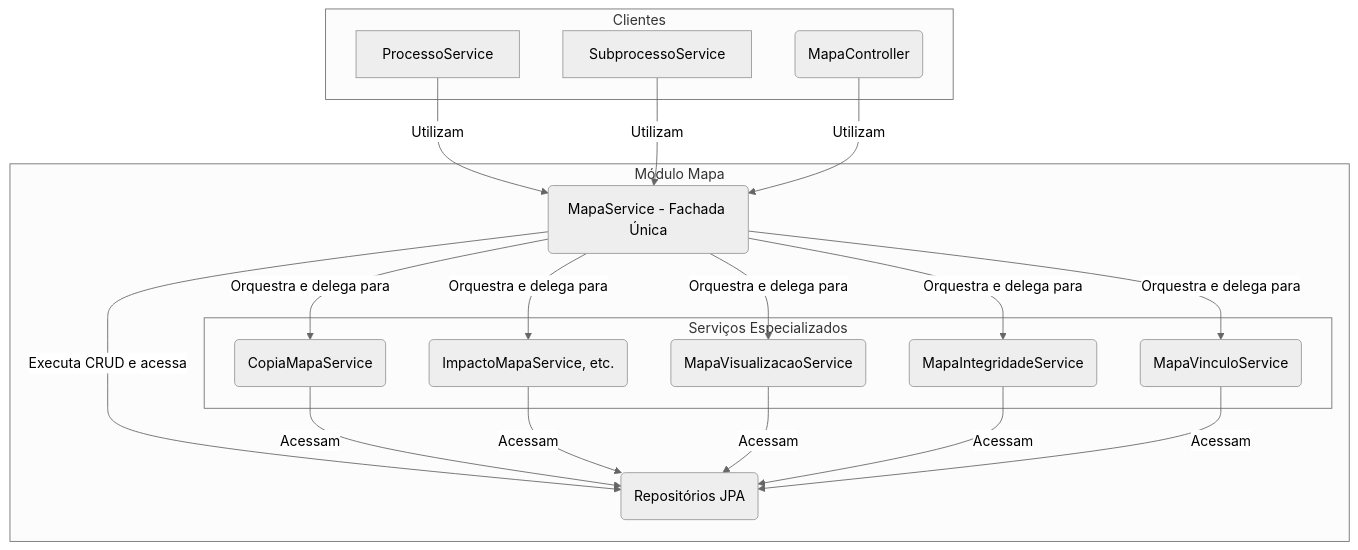
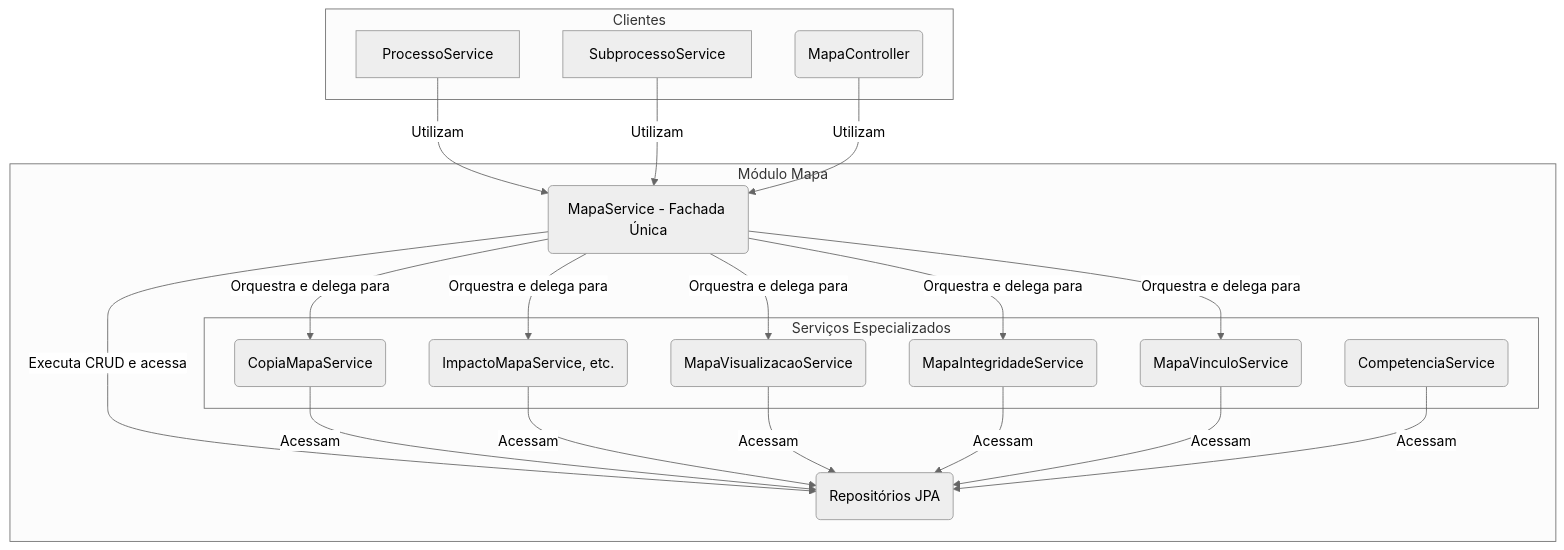
The diagram in backend/src/main/java/sgc/mapa/README.md (lgalvao/sgc), drawn with Mermaid (neutral theme) before and after one commit. The commit also changed other lines of this file and 14 other files, not shown here.

````diff
--- a/backend/src/main/java/sgc/mapa/README.md
+++ b/backend/src/main/java/sgc/mapa/README.md
@@ -11,29 +11,30 @@
 ```mermaid
 graph TD
     subgraph "Clientes"
         ProcessoService
         SubprocessoService
         Controle(MapaController)
     end
 
     subgraph "Módulo Mapa"
         Facade(MapaService - Fachada Única)
 
         subgraph "Serviços Especializados"
             Copia(CopiaMapaService)
             Impacto(ImpactoMapaService, etc.)
             Visualizacao(MapaVisualizacaoService)
             Integridade(MapaIntegridadeService)
             Vinculo(MapaVinculoService)
+            Competencia(CompetenciaService)
         end
 
         Repos(Repositórios JPA)
     end
 
     ProcessoService & SubprocessoService & Controle -- Utilizam --> Facade
 
     Facade -- Orquestra e delega para --> Copia & Impacto & Visualizacao & Integridade & Vinculo
     Facade -- Executa CRUD e acessa --> Repos
 
-    Copia & Impacto & Visualizacao & Integridade & Vinculo -- Acessam --> Repos
+    Copia & Impacto & Visualizacao & Integridade & Vinculo & Competencia -- Acessam --> Repos
 ```
````
